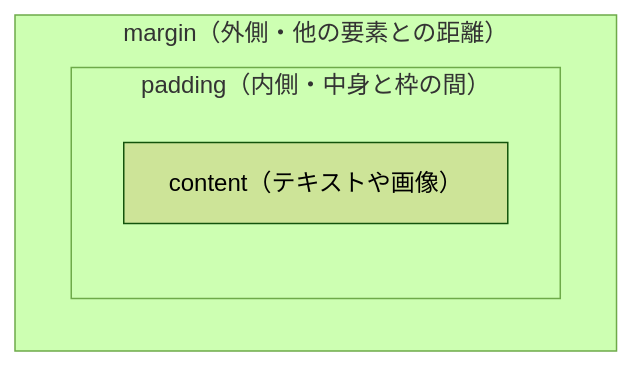
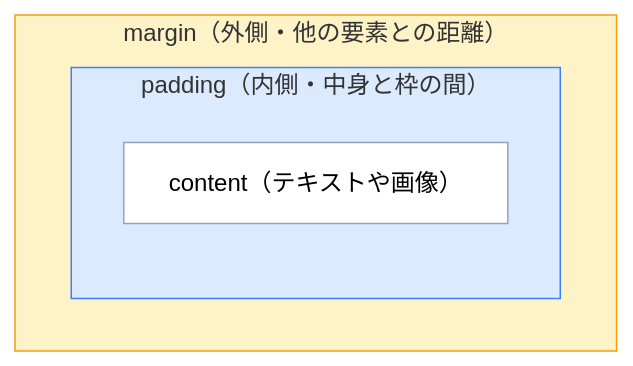
Before and after one commit to ozaki25/web-front-training: the diagram in docs/lessons/day09/index.md, drawn with Mermaid (forest theme).

Commit message:
ボックスモデル図の margin と padding の背景色を分ける
https://claude.ai/code/session_01VBuKGSzVmu6184hRMdwGoV

````diff
--- a/docs/lessons/day09/index.md
+++ b/docs/lessons/day09/index.md
@@ -25,8 +25,11 @@
 ```mermaid
 flowchart TB
   subgraph margin["margin（外側・他の要素との距離）"]
     subgraph padding["padding（内側・中身と枠の間）"]
       content["content（テキストや画像）"]
     end
   end
+  style margin fill:#fef3c7,stroke:#f59e0b
+  style padding fill:#dbeafe,stroke:#3b82f6
+  style content fill:#ffffff,stroke:#94a3b8
 ```
````
